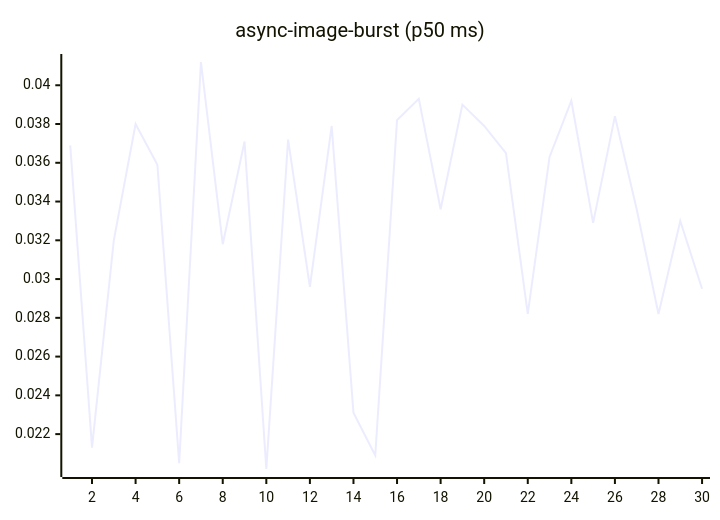
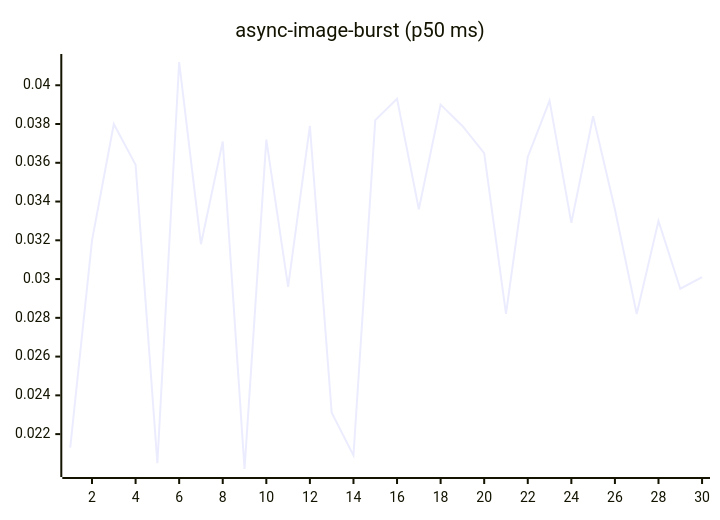
The fourth of 27 diagrams in README.md (josha/Facet), drawn with Mermaid before and after one commit. The commit also changed other lines of this file and 2 other files, not shown here.

````diff
--- a/README.md
+++ b/README.md
@@ -84,6 +84,6 @@
 ```mermaid
 xychart-beta
     title "async-image-burst (p50 ms)"
     x-axis 1 --> 30
-    line [0.0369, 0.0213, 0.0320, 0.0380, 0.0359, 0.0205, 0.0412, 0.0318, 0.0371, 0.0202, 0.0372, 0.0296, 0.0379, 0.0231, 0.0209, 0.0382, 0.0393, 0.0336, 0.0390, 0.0379, 0.0365, 0.0282, 0.0363, 0.0392, 0.0329, 0.0384, 0.0336, 0.0282, 0.0330, 0.0295]
+    line [0.0213, 0.0320, 0.0380, 0.0359, 0.0205, 0.0412, 0.0318, 0.0371, 0.0202, 0.0372, 0.0296, 0.0379, 0.0231, 0.0209, 0.0382, 0.0393, 0.0336, 0.0390, 0.0379, 0.0365, 0.0282, 0.0363, 0.0392, 0.0329, 0.0384, 0.0336, 0.0282, 0.0330, 0.0295, 0.0301]
 ```
````
